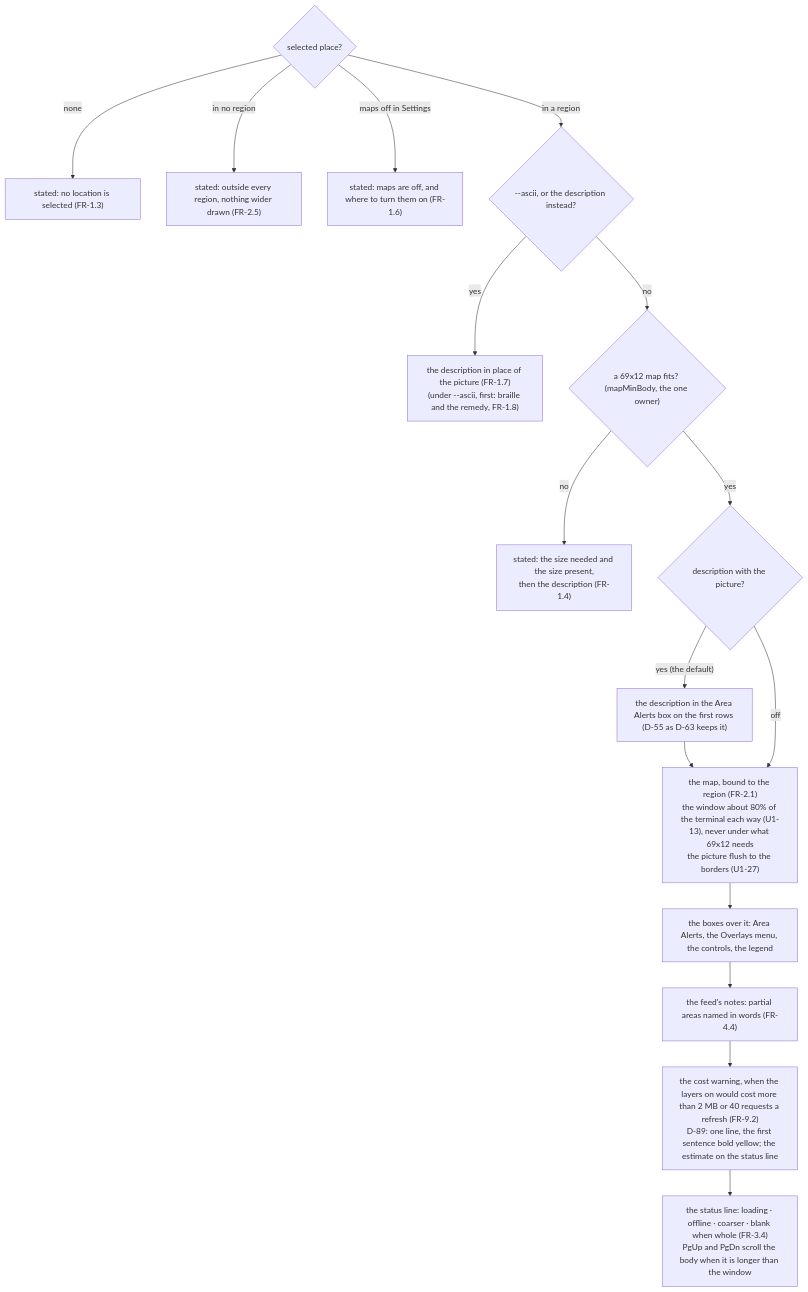
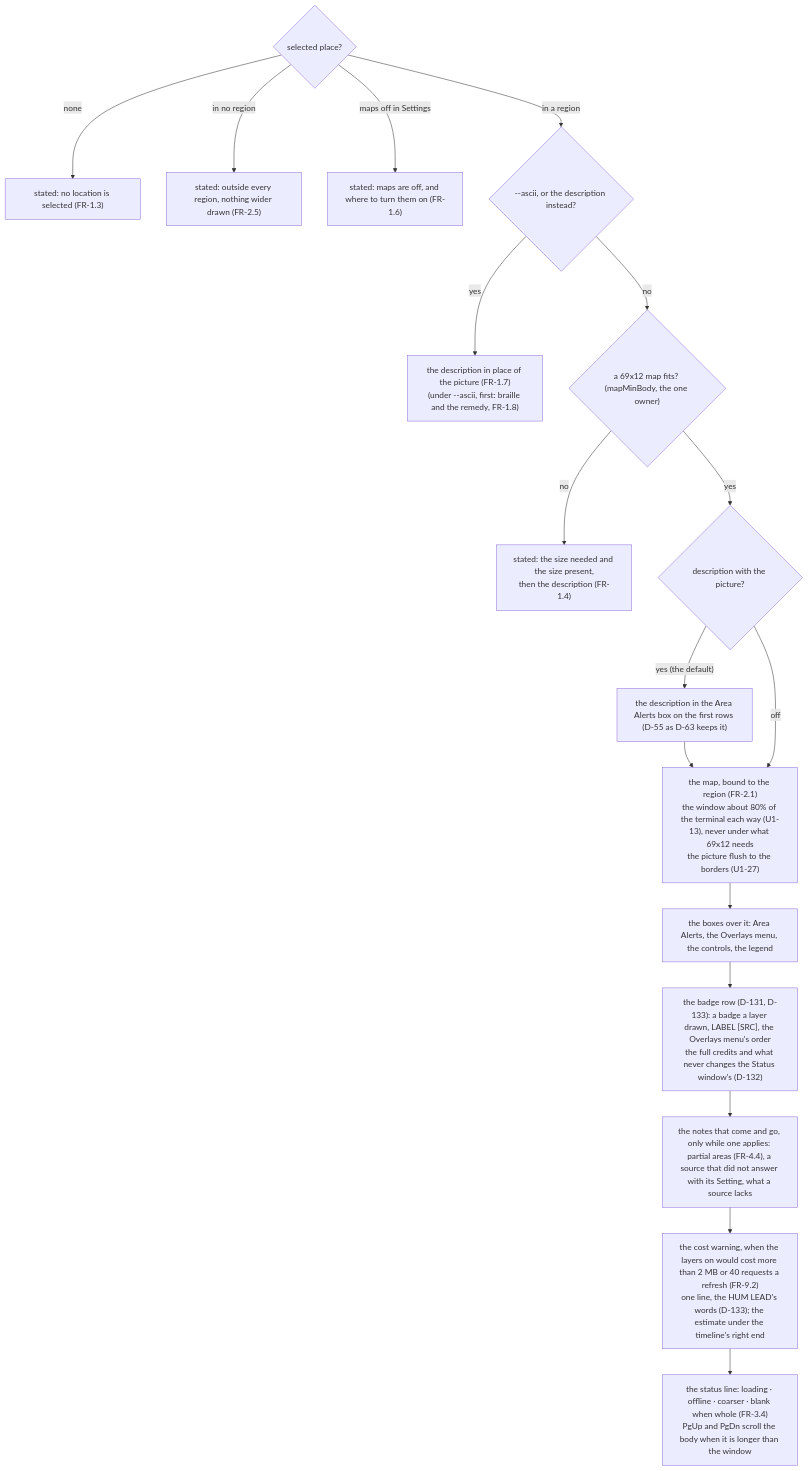
Before and after one commit to branden-thompson/watchpost: the second of 6 diagrams in 06_docs/02_features/observer-maps/03-architecture-design/as-built-map.md, drawn with Mermaid. The commit also changed other lines of this file and 35 other files, not shown here.

First line of the commit message:
Batch 45: the badge row (W13.12, U2-36, D-131 to D-133)

````diff
--- a/06_docs/02_features/observer-maps/03-architecture-design/as-built-map.md
+++ b/06_docs/02_features/observer-maps/03-architecture-design/as-built-map.md
@@ -89,16 +89,17 @@
 ```mermaid
 flowchart TB
   S{"selected place?"} -- "none" --> N["stated: no location is selected (FR-1.3)"]
   S -- "in no region" --> O["stated: outside every region, nothing wider drawn (FR-2.5)"]
   S -- "maps off in Settings" --> OFF["stated: maps are off, and where to turn them on (FR-1.6)"]
   S -- "in a region" --> A{"--ascii, or the description instead?"}
   A -- "yes" --> T["the description in place of the picture (FR-1.7)\n(under --ascii, first: braille and the remedy, FR-1.8)"]
   A -- "no" --> F{"a 69x12 map fits? (mapMinBody, the one owner)"}
   F -- "no" --> FL["stated: the size needed and the size present,\nthen the description (FR-1.4)"]
   F -- "yes" --> DS{"description with the picture?"}
   DS -- "yes (the default)" --> D1["the description in the Area Alerts box on the first rows (D-55 as D-63 keeps it)"] --> M
   DS -- "off" --> M["the map, bound to the region (FR-2.1)\nthe window about 80% of the terminal each way (U1-13), never under what 69x12 needs\nthe picture flush to the borders (U1-27)"]
-  M --> BXS["the boxes over it: Area Alerts, the Overlays menu, the controls, the legend"] --> NT["the feed's notes: partial areas named in words (FR-4.4)"]
-  NT --> CW["the cost warning, when the layers on would cost more than 2 MB or 40 requests a refresh (FR-9.2)\nD-89: one line, the first sentence bold yellow; the estimate on the status line"]
+  M --> BXS["the boxes over it: Area Alerts, the Overlays menu, the controls, the legend"] --> BG["the badge row (D-131, D-133): a badge a layer drawn, LABEL [SRC], the Overlays menu's order\nthe full credits and what never changes the Status window's (D-132)"]
+  BG --> NT["the notes that come and go, only while one applies: partial areas (FR-4.4), a source that did not answer with its Setting, what a source lacks"]
+  NT --> CW["the cost warning, when the layers on would cost more than 2 MB or 40 requests a refresh (FR-9.2)\none line, the HUM LEAD's words (D-133); the estimate under the timeline's right end"]
   CW --> ST["the status line: loading · offline · coarser · blank when whole (FR-3.4)\nPgUp and PgDn scroll the body when it is longer than the window"]
 ```
````
